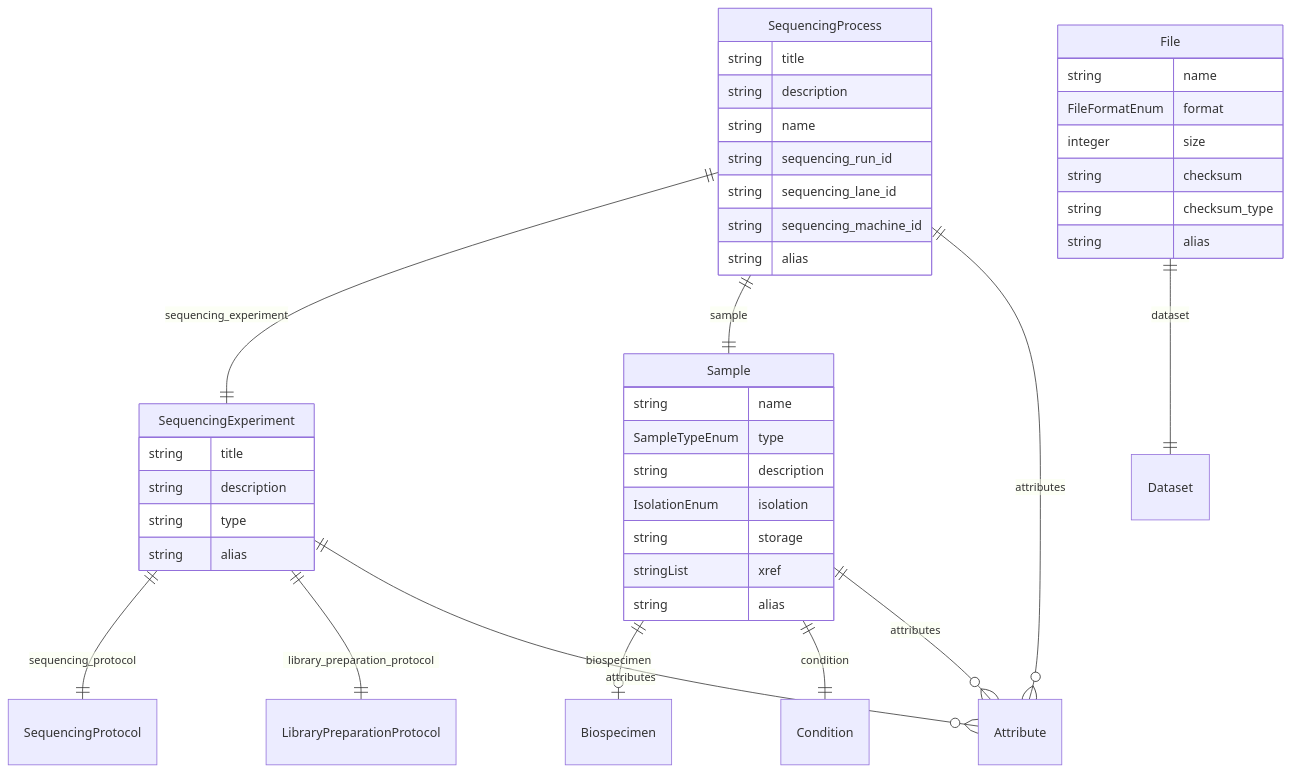
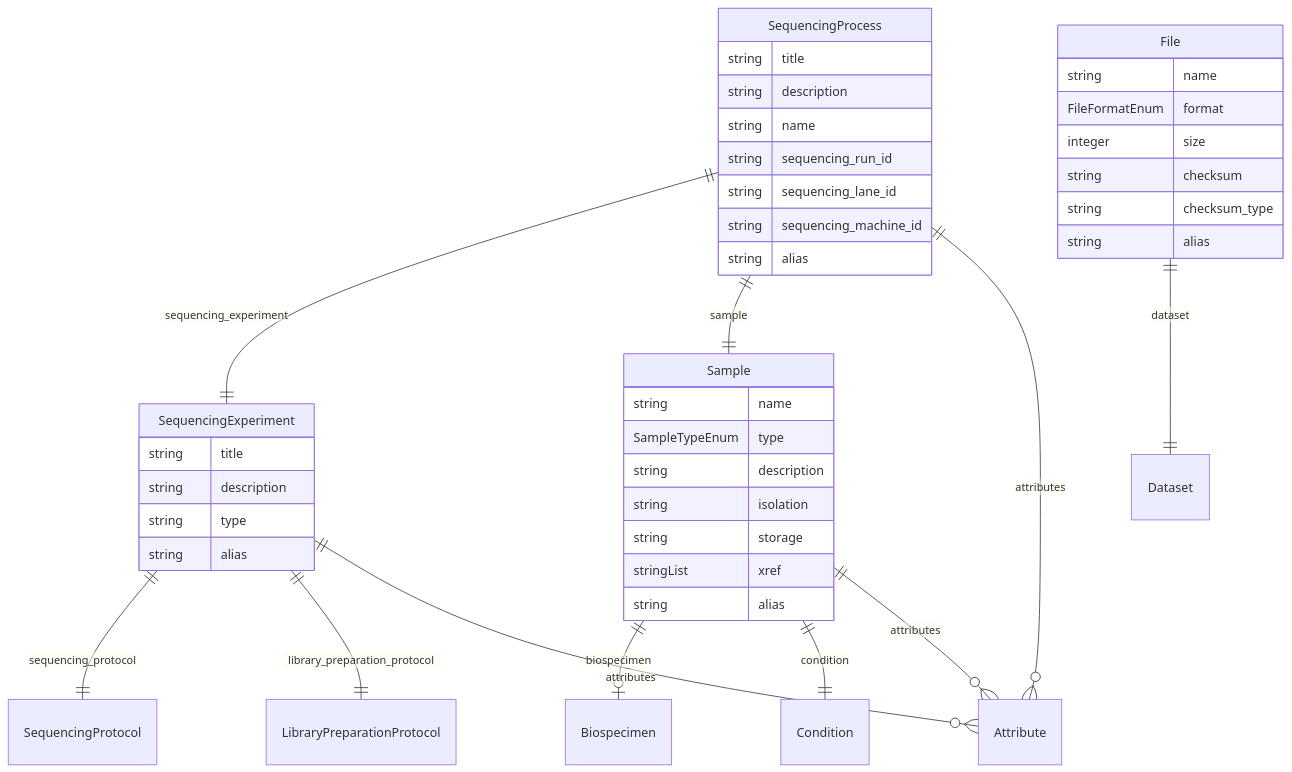
One commit to ghga-de/ghga-metadata-schema changed the sixth of 7 diagrams in docs/entity_relations.md. Above: the diagram before and after it, drawn with Mermaid. The commit also changed other lines of this file and 45 other files, not shown here.

````diff
--- a/docs/entity_relations.md
+++ b/docs/entity_relations.md
@@ -269,47 +269,47 @@
 ```mermaid
 erDiagram
 SequencingProcess {
     string title  
     string description  
     string name  
     string sequencing_run_id  
     string sequencing_lane_id  
     string sequencing_machine_id  
     string alias  
 }
 File {
     string name  
     FileFormatEnum format  
     integer size  
     string checksum  
     string checksum_type  
     string alias  
 }
 Sample {
     string name  
     SampleTypeEnum type  
     string description  
-    IsolationEnum isolation  
+    string isolation  
     string storage  
     stringList xref  
     string alias  
 }
 SequencingExperiment {
     string title  
     string description  
     string type  
     string alias  
 }
 
 SequencingProcess ||--|| SequencingExperiment : "sequencing_experiment"
 SequencingProcess ||--|| Sample : "sample"
 SequencingProcess ||--}o Attribute : "attributes"
 File ||--|| Dataset : "dataset"
 Sample ||--|o Biospecimen : "biospecimen"
 Sample ||--|| Condition : "condition"
 Sample ||--}o Attribute : "attributes"
 SequencingExperiment ||--|| SequencingProtocol : "sequencing_protocol"
 SequencingExperiment ||--|| LibraryPreparationProtocol : "library_preparation_protocol"
 SequencingExperiment ||--}o Attribute : "attributes"
 
 ```
````
